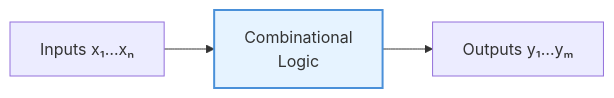
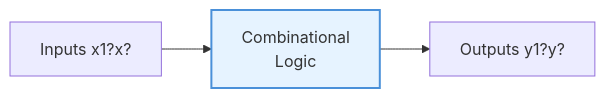
One commit to Raushan666java/ai-engineering-journey changed the first of 9 diagrams in docs/courses/digital-logic/05-combinational-circuits.md. Above: the diagram before and after it, drawn with Mermaid. The commit also changed other lines of this file and 790 other files, not shown here.

Commit message:
Sync all course diagram renders and content updates

````diff
--- a/docs/courses/digital-logic/05-combinational-circuits.md
+++ b/docs/courses/digital-logic/05-combinational-circuits.md
@@ -33,6 +33,6 @@
 ```mermaid
 graph LR
-    A[Inputs x₁…xₙ] --> B[Combinational<br>Logic]
-    B --> C[Outputs y₁…yₘ]
+    A[Inputs x1?x?] --> B[Combinational<br>Logic]
+    B --> C[Outputs y1?y?]
     style B fill:#e6f3ff,stroke:#4a90d9,stroke-width:2px
 ```
````
